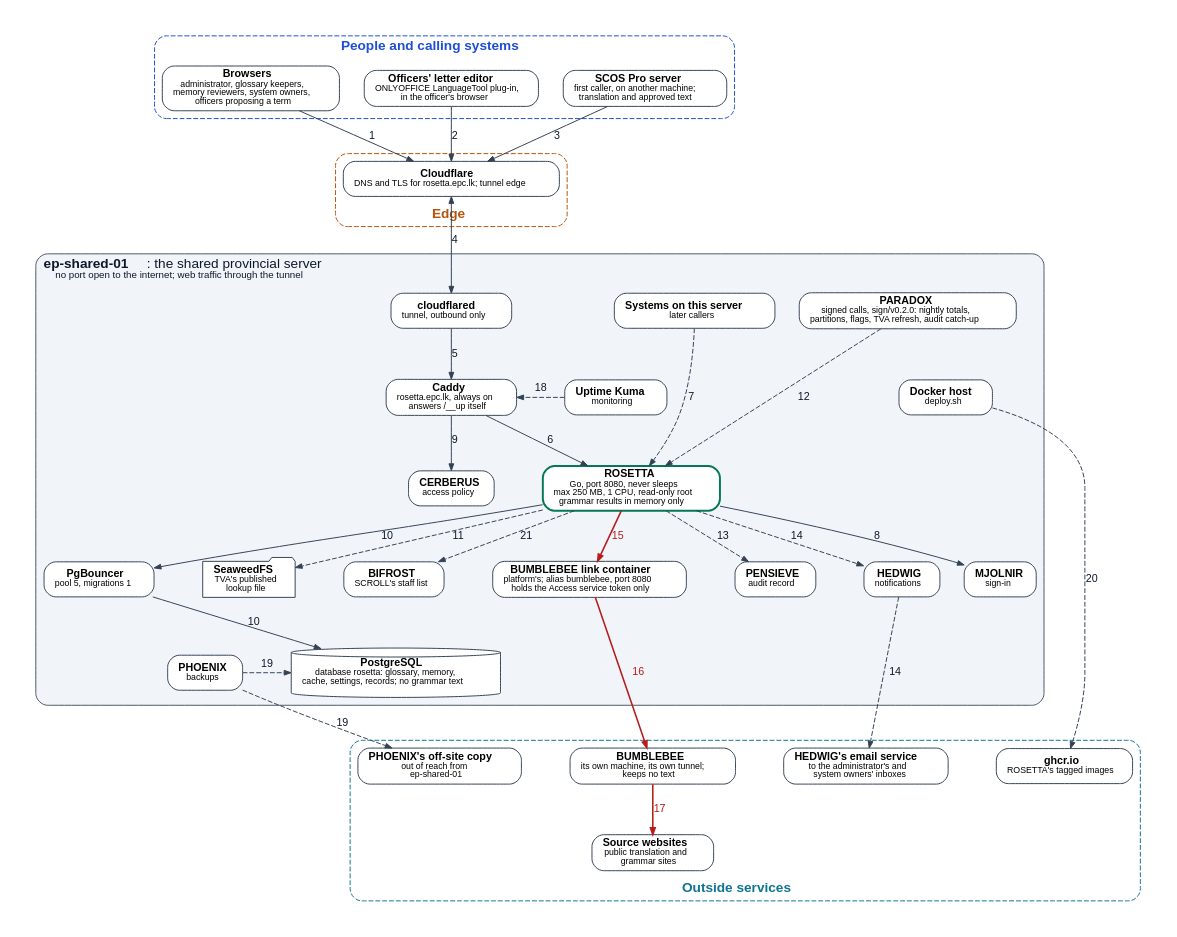
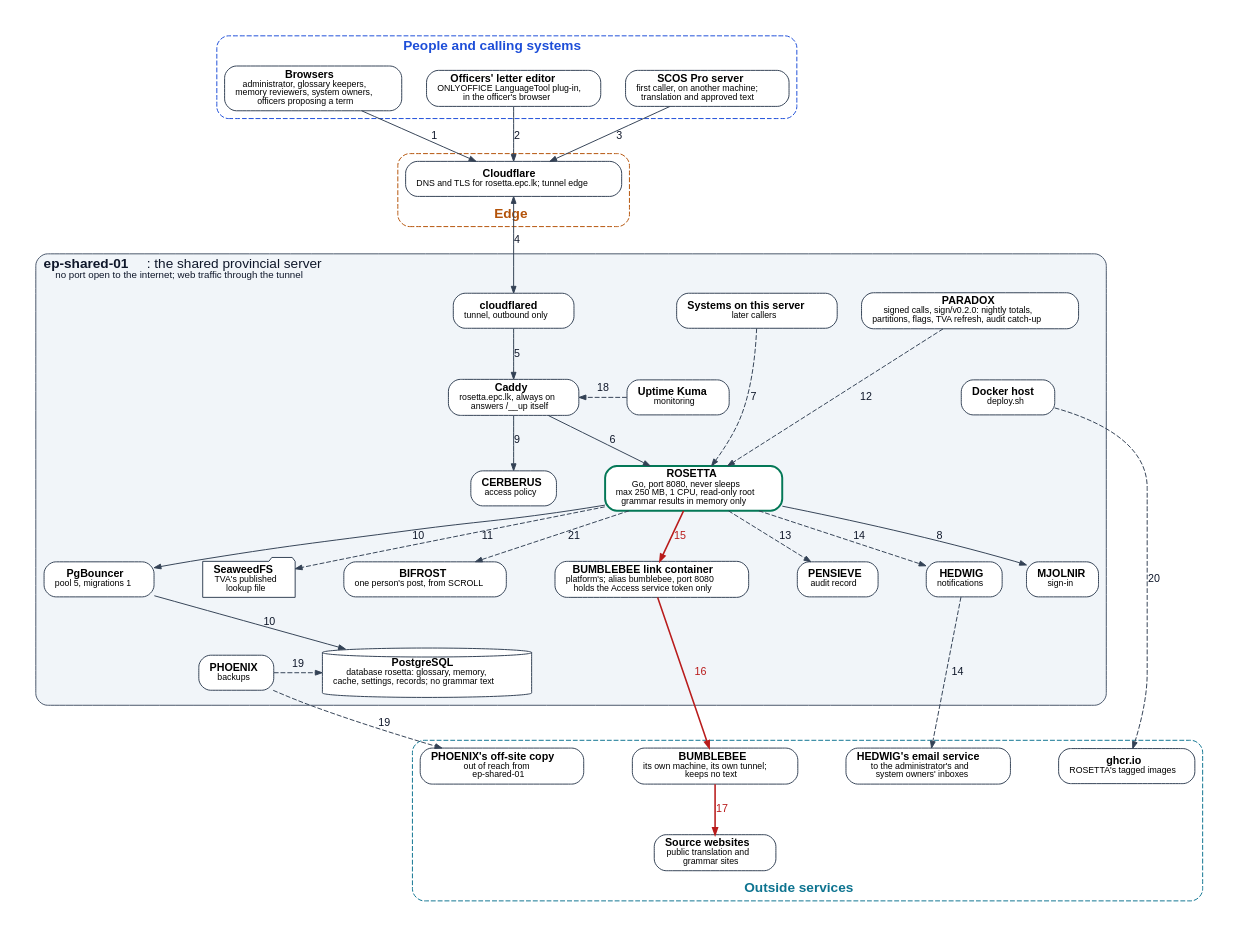
Before and after one commit to Rumeasiyan/rosetta: the diagram in docs/diagrams/rosetta-architecture.dot, drawn with Graphviz. The commit also changed 3 other files, not shown here.

First line of the commit message:
docs: look up one person's post, PRD version 1.5 (#14)

```diff
--- a/docs/diagrams/rosetta-architecture.dot
+++ b/docs/diagrams/rosetta-architecture.dot
@@ -1,93 +1,93 @@
 // ROSETTA technical architecture (Annex B of docs/ROSETTA-PRD.md).
 // Render from the repository root:
 //   dot -Tsvg docs/diagrams/rosetta-architecture.dot -o docs/diagrams/rosetta-architecture.svg
 // The numbers on the links must match the table in Annex B, row for row.
 // Red links carry text on its way to outside websites; dashed links are periodic, occasional or later.
 
 digraph rosetta_architecture {
   graph [rankdir=TB, newrank=true, nodesep=0.35, ranksep=0.55, fontname="Helvetica", pad=0.3];
   node  [shape=box, style="rounded,filled", fillcolor="white", color="#334155", fontname="Helvetica", fontsize=11, margin="0.15,0.06"];
   edge  [color="#334155", fontname="Helvetica", fontsize=11, fontcolor="#0f172a", arrowsize=0.7];
 
   subgraph cluster_people {
     label=<<B>People and calling systems</B>>; style="dashed,rounded"; color="#1d4ed8"; fontcolor="#1d4ed8";
     browsers [label=<<B>Browsers</B><BR/><FONT POINT-SIZE="9">administrator, glossary keepers,<BR/>memory reviewers, system owners,<BR/>officers proposing a term</FONT>>];
     editor   [label=<<B>Officers' letter editor</B><BR/><FONT POINT-SIZE="9">ONLYOFFICE LanguageTool plug-in,<BR/>in the officer's browser</FONT>>];
     scospro  [label=<<B>SCOS Pro server</B><BR/><FONT POINT-SIZE="9">first caller, on another machine;<BR/>translation and approved text</FONT>>];
   }
 
   subgraph cluster_edge {
     label=<<B>Edge</B>>; labelloc=b; style="dashed,rounded"; color="#b45309"; fontcolor="#b45309";
     cloudflare [label=<<B>Cloudflare</B><BR/><FONT POINT-SIZE="9">DNS and TLS for rosetta.epc.lk; tunnel edge</FONT>>];
   }
 
   subgraph cluster_server {
     label=<<B>ep-shared-01</B>: the shared provincial server<BR/><FONT POINT-SIZE="10">no port open to the internet; web traffic through the tunnel</FONT>>;
     style="filled,rounded"; fillcolor="#f1f5f9"; color="#475569"; fontcolor="#0f172a"; labeljust=l;
 
     cloudflared [label=<<B>cloudflared</B><BR/><FONT POINT-SIZE="9">tunnel, outbound only</FONT>>];
     systems     [label=<<B>Systems on this server</B><BR/><FONT POINT-SIZE="9">later callers</FONT>>];
     paradox     [label=<<B>PARADOX</B><BR/><FONT POINT-SIZE="9">signed calls, sign/v0.2.0: nightly totals,<BR/>partitions, flags, TVA refresh, audit catch-up</FONT>>];
     caddy       [label=<<B>Caddy</B><BR/><FONT POINT-SIZE="9">rosetta.epc.lk, always on<BR/>answers /__up itself</FONT>>];
     kuma        [label=<<B>Uptime Kuma</B><BR/><FONT POINT-SIZE="9">monitoring</FONT>>];
     docker      [label=<<B>Docker host</B><BR/><FONT POINT-SIZE="9">deploy.sh</FONT>>];
     cerberus    [label=<<B>CERBERUS</B><BR/><FONT POINT-SIZE="9">access policy</FONT>>];
     mjolnir     [label=<<B>MJOLNIR</B><BR/><FONT POINT-SIZE="9">sign-in</FONT>>];
     rosetta     [label=<<B>ROSETTA</B><BR/><FONT POINT-SIZE="9">Go, port 8080, never sleeps<BR/>max 250 MB, 1 CPU, read-only root<BR/>grammar results in memory only</FONT>>, color="#047857", penwidth=2];
     pensieve    [label=<<B>PENSIEVE</B><BR/><FONT POINT-SIZE="9">audit record</FONT>>];
-    bifrost     [label=<<B>BIFROST</B><BR/><FONT POINT-SIZE="9">SCROLL's staff list</FONT>>];
+    bifrost     [label=<<B>BIFROST</B><BR/><FONT POINT-SIZE="9">one person's post, from SCROLL</FONT>>];
     hedwig      [label=<<B>HEDWIG</B><BR/><FONT POINT-SIZE="9">notifications</FONT>>];
     link        [label=<<B>BUMBLEBEE link container</B><BR/><FONT POINT-SIZE="9">platform's; alias bumblebee, port 8080<BR/>holds the Access service token only</FONT>>];
     pgbouncer   [label=<<B>PgBouncer</B><BR/><FONT POINT-SIZE="9">pool 5, migrations 1</FONT>>];
     postgres    [shape=cylinder, style=filled, label=<<B>PostgreSQL</B><BR/><FONT POINT-SIZE="9">database rosetta: glossary, memory,<BR/>cache, settings, records; no grammar text</FONT>>];
     seaweed     [shape=folder, style=filled, label=<<B>SeaweedFS</B><BR/><FONT POINT-SIZE="9">TVA's published<BR/>lookup file</FONT>>];
     phoenix     [label=<<B>PHOENIX</B><BR/><FONT POINT-SIZE="9">backups</FONT>>];
 
     { rank=same; cloudflared; systems; paradox; }
     { rank=same; caddy; kuma; docker; }
     caddy -> kuma -> docker [style=invis];
     { rank=same; cerberus; rosetta; }
     cerberus -> rosetta [style=invis];
     { rank=same; mjolnir; pgbouncer; seaweed; bifrost; link; pensieve; hedwig; }
     mjolnir -> pgbouncer -> seaweed -> bifrost -> link -> pensieve -> hedwig [style=invis];
     { rank=same; postgres; phoenix; }
   }
 
   subgraph cluster_outside {
     label=<<B>Outside services</B>>; labelloc=b; style="dashed,rounded"; color="#0e7490"; fontcolor="#0e7490";
     bumblebee [label=<<B>BUMBLEBEE</B><BR/><FONT POINT-SIZE="9">its own machine, its own tunnel;<BR/>keeps no text</FONT>>];
     websites  [label=<<B>Source websites</B><BR/><FONT POINT-SIZE="9">public translation and<BR/>grammar sites</FONT>>];
     email     [label=<<B>HEDWIG's email service</B><BR/><FONT POINT-SIZE="9">to the administrator's and<BR/>system owners' inboxes</FONT>>];
     offsite   [label=<<B>PHOENIX's off-site copy</B><BR/><FONT POINT-SIZE="9">out of reach from<BR/>ep-shared-01</FONT>>];
     ghcr      [label=<<B>ghcr.io</B><BR/><FONT POINT-SIZE="9">ROSETTA's tagged images</FONT>>];
   }
 
   { rank=same; browsers; editor; scospro; }
   { rank=same; offsite; bumblebee; email; ghcr; }
   offsite -> bumblebee -> email -> ghcr [style=invis];
 
   browsers -> cloudflare     [label="1"];
   editor -> cloudflare       [label="2"];
   scospro -> cloudflare      [label="3"];
   cloudflare -> cloudflared  [label="4", dir=both];
   cloudflared -> caddy       [label="5"];
   caddy -> rosetta           [label="6"];
   systems -> rosetta         [label="7", style=dashed];
   rosetta -> mjolnir         [label="8"];
   caddy -> cerberus          [label="9"];
   rosetta -> pgbouncer       [label="10"];
   pgbouncer -> postgres      [label="10"];
   rosetta -> seaweed         [label="11", style=dashed];
   paradox -> rosetta         [label="12", style=dashed];
   rosetta -> pensieve        [label="13", style=dashed];
   rosetta -> hedwig          [label="14", style=dashed];
   hedwig -> email            [label="14", style=dashed];
   rosetta -> link            [label="15", color="#b91c1c", fontcolor="#b91c1c", penwidth=1.6];
   link -> bumblebee          [label="16", color="#b91c1c", fontcolor="#b91c1c", penwidth=1.6];
   bumblebee -> websites      [label="17", color="#b91c1c", fontcolor="#b91c1c", penwidth=1.6];
   kuma -> caddy              [label="18", style=dashed, constraint=false];
   phoenix -> postgres        [label="19", style=dashed, constraint=false];
   phoenix -> offsite         [label="19", style=dashed];
   docker -> ghcr             [label="20", style=dashed];
   rosetta -> bifrost         [label="21", style=dashed];
 }
```
